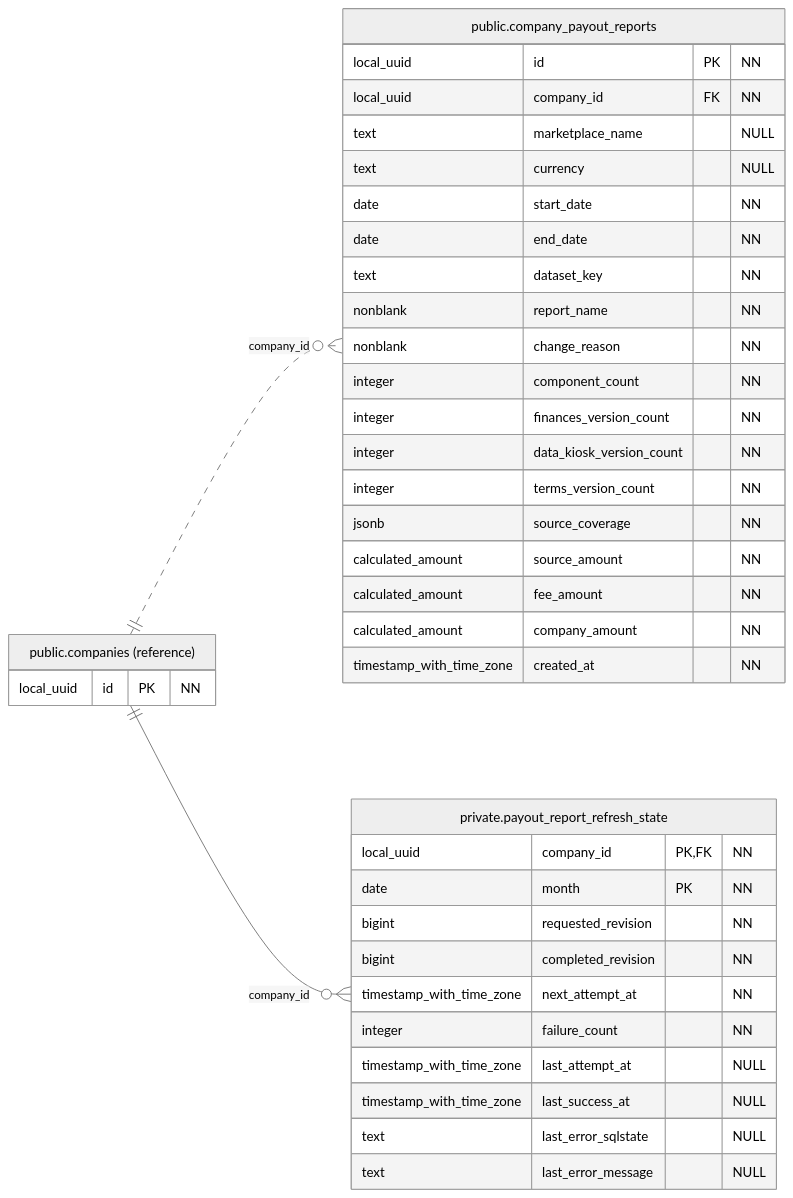
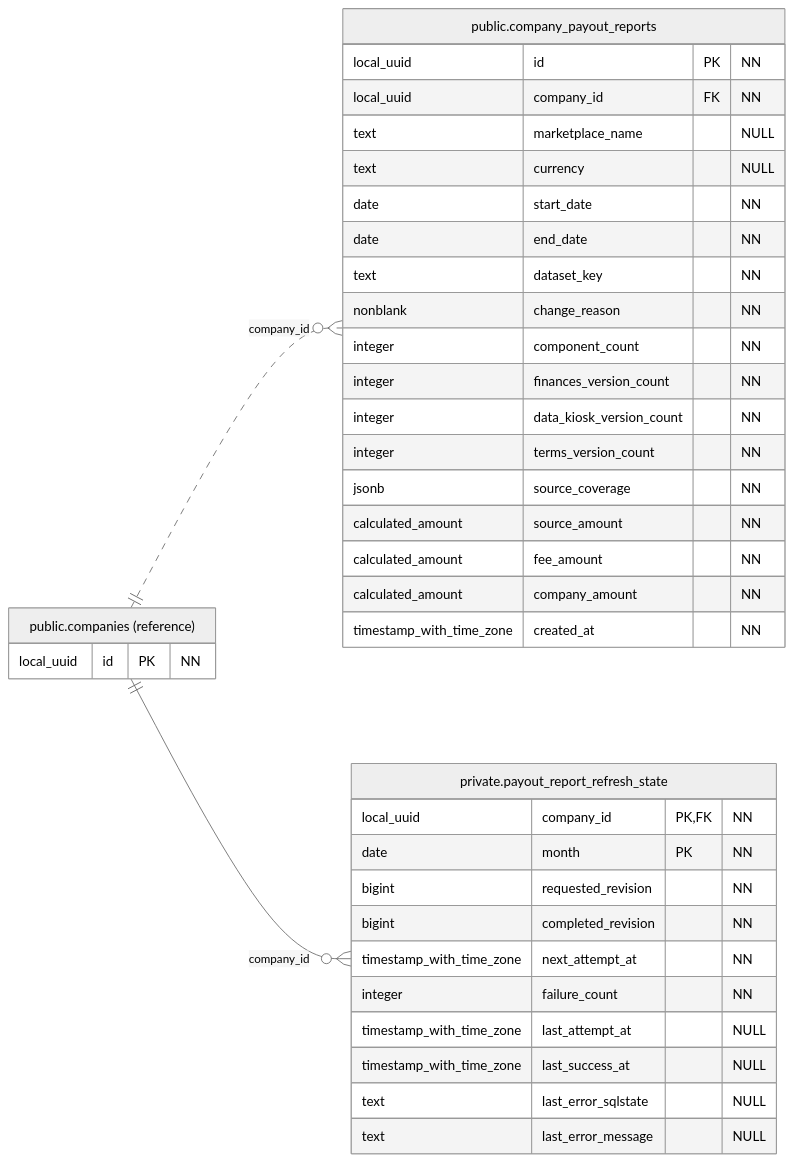
The diagram in docs/figures/database/06-payout-results.mmd (qwercxzsda/A-SelBox), drawn with Mermaid (neutral theme) before and after one commit. The commit also changed 126 other files, not shown here.

```diff
--- a/docs/figures/database/06-payout-results.mmd
+++ b/docs/figures/database/06-payout-results.mmd
@@ -1,42 +1,41 @@
 erDiagram
     direction LR
     public_companies ||..o{ public_company_payout_reports : "company_id"
     public_companies ||--o{ private_payout_report_refresh_state : "company_id"
 
     public_company_payout_reports["public.company_payout_reports"] {
         local_uuid id PK "NN"
         local_uuid company_id FK "NN"
         text marketplace_name "NULL"
         text currency "NULL"
         date start_date "NN"
         date end_date "NN"
         text dataset_key "NN"
-        nonblank report_name "NN"
         nonblank change_reason "NN"
         integer component_count "NN"
         integer finances_version_count "NN"
         integer data_kiosk_version_count "NN"
         integer terms_version_count "NN"
         jsonb source_coverage "NN"
         calculated_amount source_amount "NN"
         calculated_amount fee_amount "NN"
         calculated_amount company_amount "NN"
         timestamp_with_time_zone created_at "NN"
     }
 
     private_payout_report_refresh_state["private.payout_report_refresh_state"] {
         local_uuid company_id PK, FK "NN"
         date month PK "NN"
         bigint requested_revision "NN"
         bigint completed_revision "NN"
         timestamp_with_time_zone next_attempt_at "NN"
         integer failure_count "NN"
         timestamp_with_time_zone last_attempt_at "NULL"
         timestamp_with_time_zone last_success_at "NULL"
         text last_error_sqlstate "NULL"
         text last_error_message "NULL"
     }
 
     public_companies["public.companies (reference)"] {
         local_uuid id PK "NN"
     }
```
